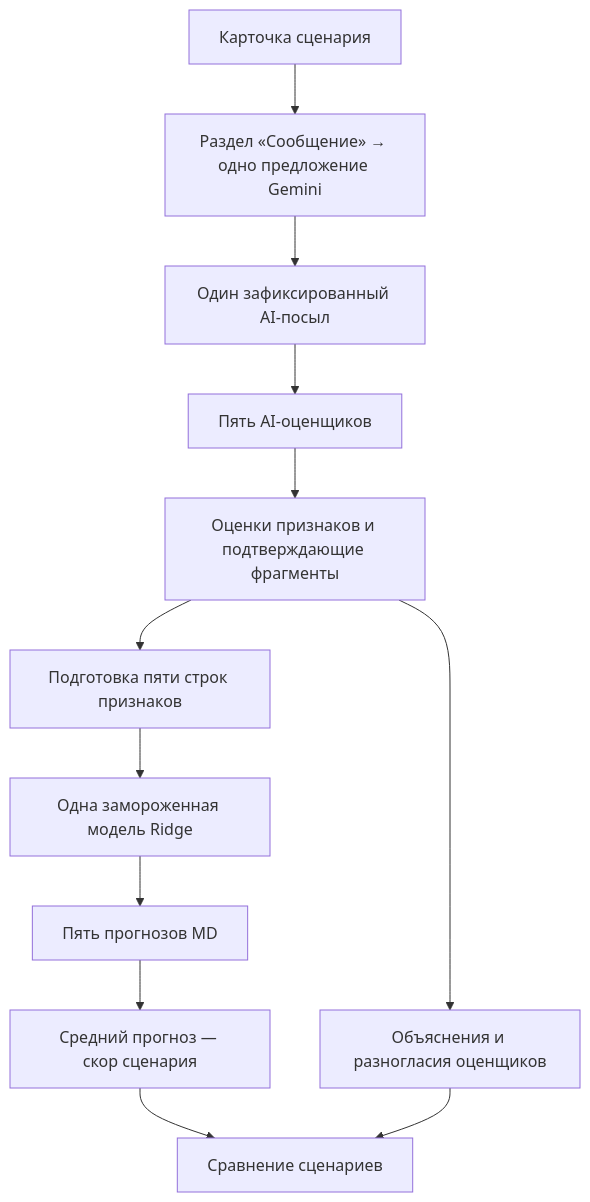
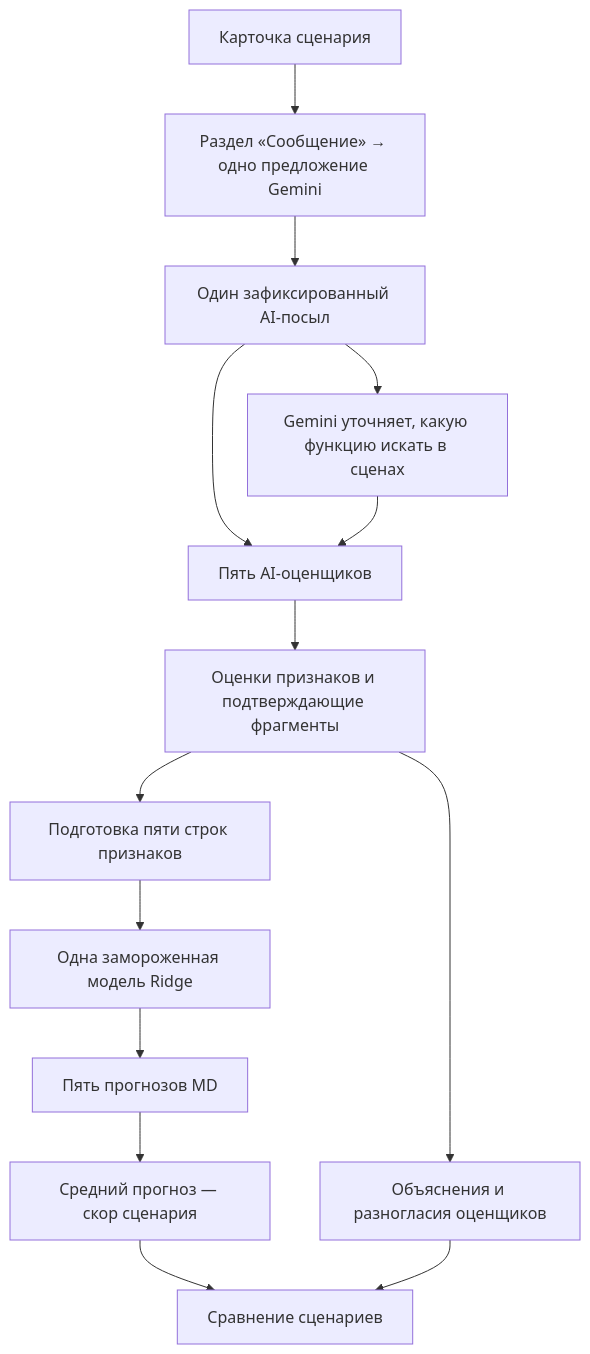
Before and after one commit to Gavshme/AIPM-3.1_scenarios: the diagram in README.md, drawn with Mermaid. The commit also changed other lines of this file and 9 other files, not shown here.

````diff
--- a/README.md
+++ b/README.md
@@ -17,14 +17,16 @@
 ```mermaid
 flowchart TD
     A[Карточка сценария] --> J[Раздел «Сообщение» → одно предложение Gemini]
     J --> K[Один зафиксированный AI-посыл]
     K --> B[Пять AI-оценщиков]
+    K --> T[Gemini уточняет, какую функцию искать в сценах]
+    T --> B
     B --> C[Оценки признаков и подтверждающие фрагменты]
     C --> D[Подготовка пяти строк признаков]
     D --> E[Одна замороженная модель Ridge]
     E --> F[Пять прогнозов MD]
     F --> G[Средний прогноз — скор сценария]
     C --> H[Объяснения и разногласия оценщиков]
     G --> I[Сравнение сценариев]
     H --> I
 ```
````
